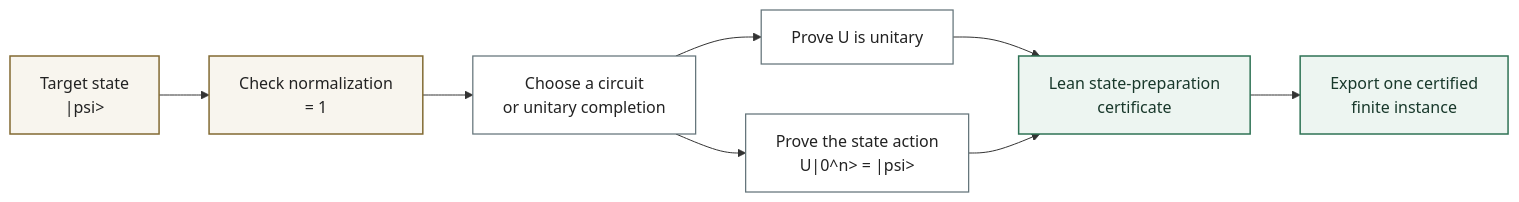
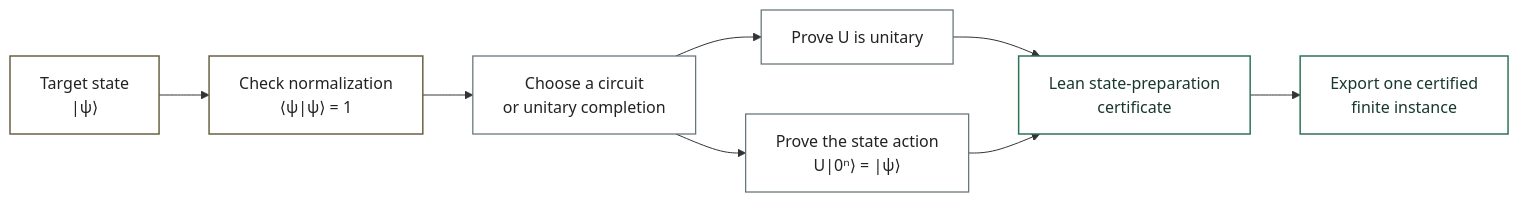
One commit to DakeBU/Quantum-Computing-Block-Encoding changed the diagram in website/diagrams/state-preparation-flow.mmd. Above: the diagram before and after it, drawn with Mermaid.

Commit message:
docs: fix state-preparation diagram mathematics

```diff
--- a/website/diagrams/state-preparation-flow.mmd
+++ b/website/diagrams/state-preparation-flow.mmd
@@ -1,15 +1,15 @@
 flowchart LR
-  T["Target state<br/>|psi>"] --> N["Check normalization<br/><psi|psi> = 1"]
+  T["Target state<br/>|ψ⟩"] --> N["Check normalization<br/>⟨ψ|ψ⟩ = 1"]
   N --> C["Choose a circuit<br/>or unitary completion"]
   C --> U["Prove U is unitary"]
-  C --> A["Prove the state action<br/>U|0^n> = |psi>"]
+  C --> A["Prove the state action<br/>U|0ⁿ⟩ = |ψ⟩"]
   U --> L["Lean state-preparation<br/>certificate"]
   A --> L
   L --> E["Export one certified<br/>finite instance"]
 
-  classDef target fill:#f8f5ee,stroke:#826a32,color:#222222,stroke-width:1.5px;
+  classDef target fill:#ffffff,stroke:#6b6045,color:#222222,stroke-width:1.5px;
   classDef work fill:#ffffff,stroke:#64747a,color:#222222,stroke-width:1.25px;
-  classDef proof fill:#edf5f1,stroke:#2f7355,color:#18382b,stroke-width:1.5px;
+  classDef proof fill:#ffffff,stroke:#2f7355,color:#18382b,stroke-width:1.5px;
   class T,N target;
   class C,U,A work;
   class L,E proof;
```
